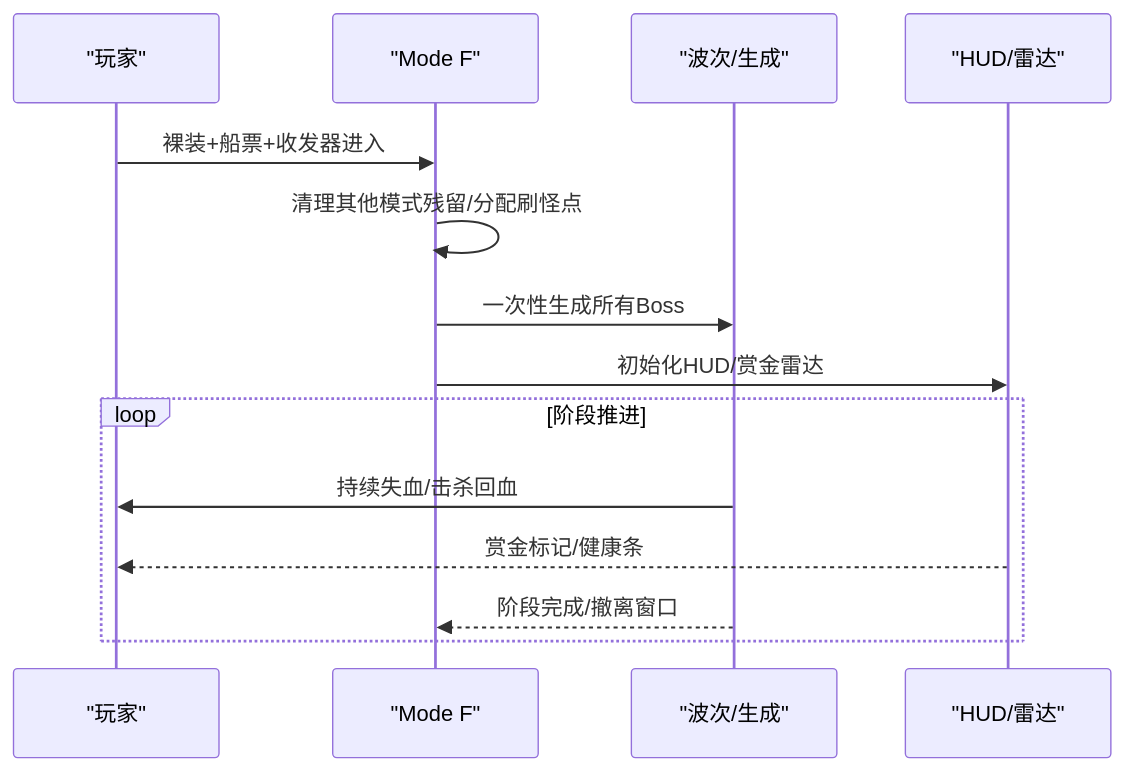
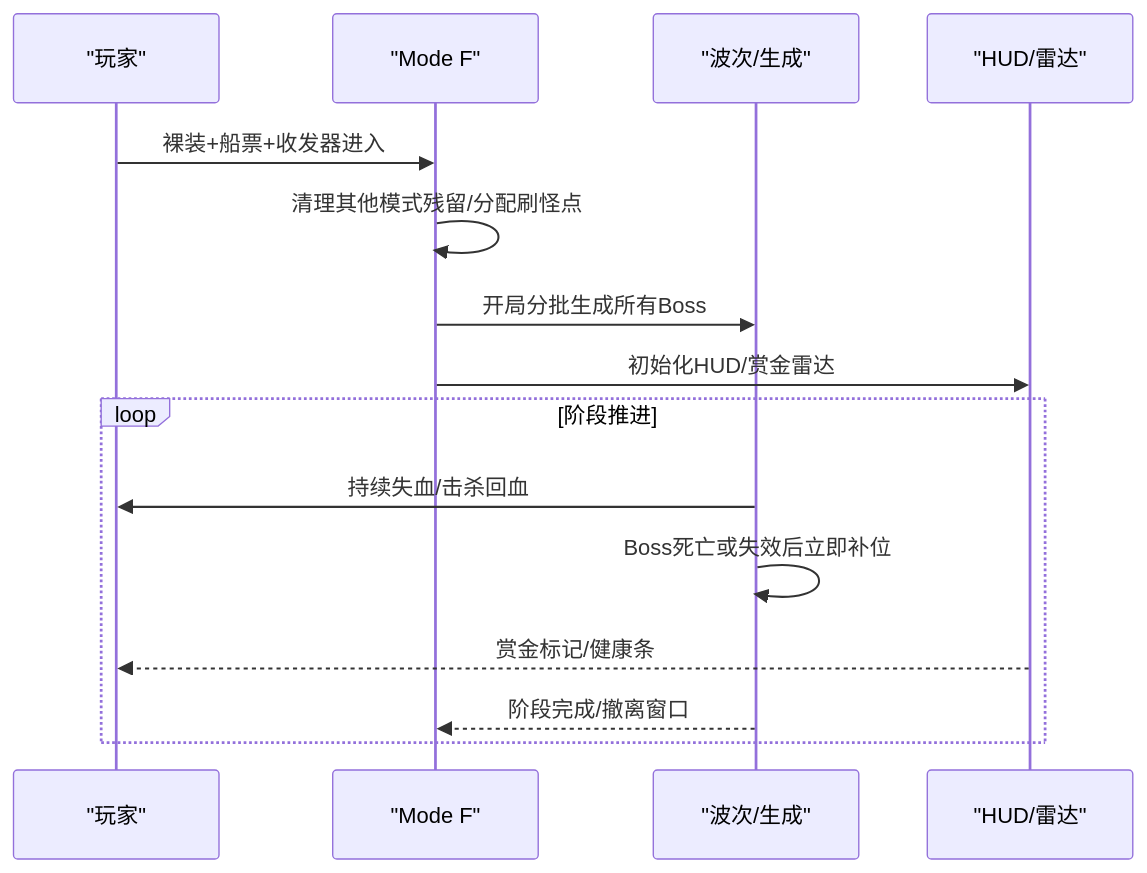
One commit to GASEN1216/BossRushMod changed the sixth of 9 diagrams in .qoder/repowiki/zh/content/游戏模式系统/游戏模式系统.md. Above: the diagram before and after it, drawn with Mermaid. The commit also changed other lines of this file and 9 other files, not shown here.

````diff
--- a/.qoder/repowiki/zh/content/游戏模式系统/游戏模式系统.md
+++ b/.qoder/repowiki/zh/content/游戏模式系统/游戏模式系统.md
@@ -227,16 +227,17 @@
 ```mermaid
 sequenceDiagram
 participant P as "玩家"
 participant MF as "Mode F"
 participant WA as "波次/生成"
 participant UI as "HUD/雷达"
 P->>MF : 裸装+船票+收发器进入
 MF->>MF : 清理其他模式残留/分配刷怪点
-MF->>WA : 一次性生成所有Boss
+MF->>WA : 开局分批生成所有Boss
 MF->>UI : 初始化HUD/赏金雷达
 loop 阶段推进
 WA->>P : 持续失血/击杀回血
+WA->>WA : Boss死亡或失效后立即补位
 UI-->>P : 赏金标记/健康条
 WA-->>MF : 阶段完成/撤离窗口
 end
 ```
````
